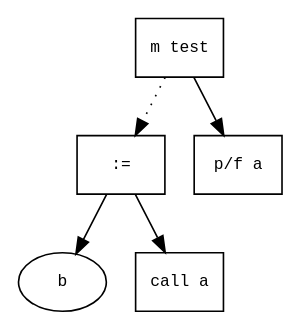
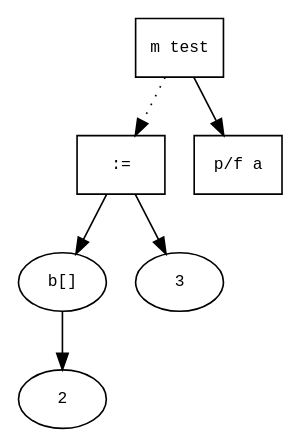
One commit to Hyunjin95/Compilers changed the diagram in 3.Semantic.Analysis/my.mod.ast.dot. Above: the diagram before and after it, drawn with Graphviz. The commit also changed 4 other files, not shown here.

```diff
--- a/3.Semantic.Analysis/my.mod.ast.dot
+++ b/3.Semantic.Analysis/my.mod.ast.dot
@@ -1,15 +1,17 @@
 digraph AST {
   graph [fontname="Times New Roman",fontsize=10];
   node  [fontname="Courier New",fontsize=10];
   edge  [fontname="Times New Roman",fontsize=10];
 
   node0 [label="m test",shape=box];
-  node4 [label=":=",shape=box];
-  node2 [label="b",shape=ellipse];
-  node4->node2;
-  node3 [label="call a",shape=box];
-  node4->node3;
-  node0 -> node4 [style=dotted];
-  node1 [label="p/f a",shape=box];
-  node0 -> node1;
+  node10 [label=":=",shape=box];
+  node7 [label="b[]",shape=ellipse];
+  node8 [label="2",shape=ellipse];
+  node7-> node8;
+  node10->node7;
+  node9 [label="3",shape=ellipse];
+  node10->node9;
+  node0 -> node10 [style=dotted];
+  node3 [label="p/f a",shape=box];
+  node0 -> node3;
 }
```
